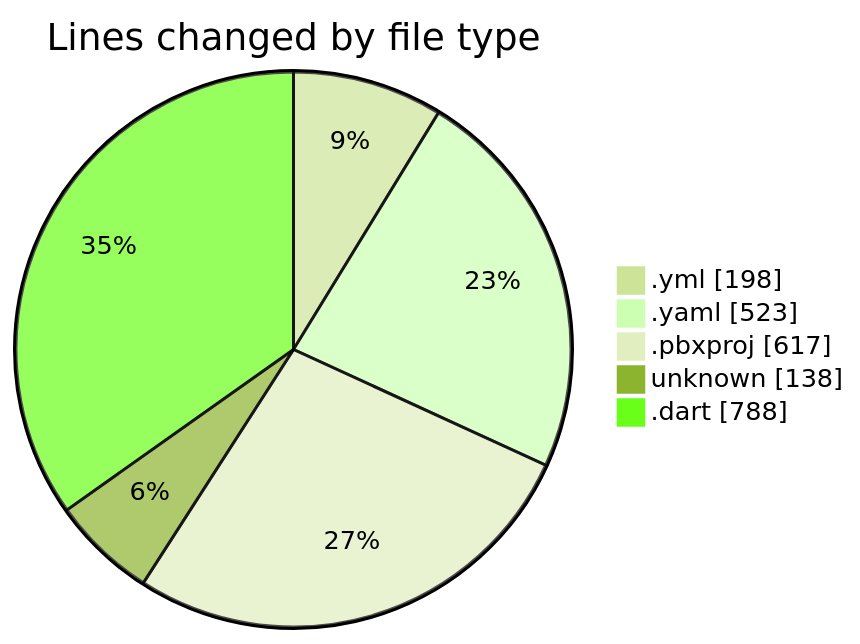
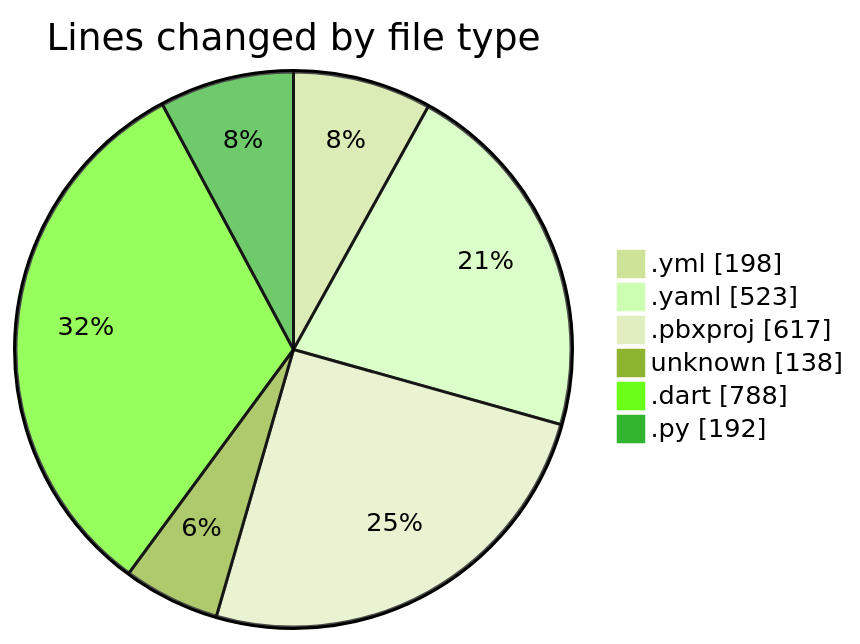
Before and after one commit to lephambinh05/code-tracking: the first of 2 diagrams in 2025-08-08/studybuddy/README.md, drawn with Mermaid (forest theme). The commit also changed other lines of this file and 1 other file, not shown here.

````diff
--- a/2025-08-08/studybuddy/README.md
+++ b/2025-08-08/studybuddy/README.md
@@ -26,9 +27,10 @@
 ```mermaid
 pie showData
 title Lines changed by file type
 ".yml" : 198
 ".yaml" : 523
 ".pbxproj" : 617
 "unknown" : 138
 ".dart" : 788
+".py" : 192
 ```
````
